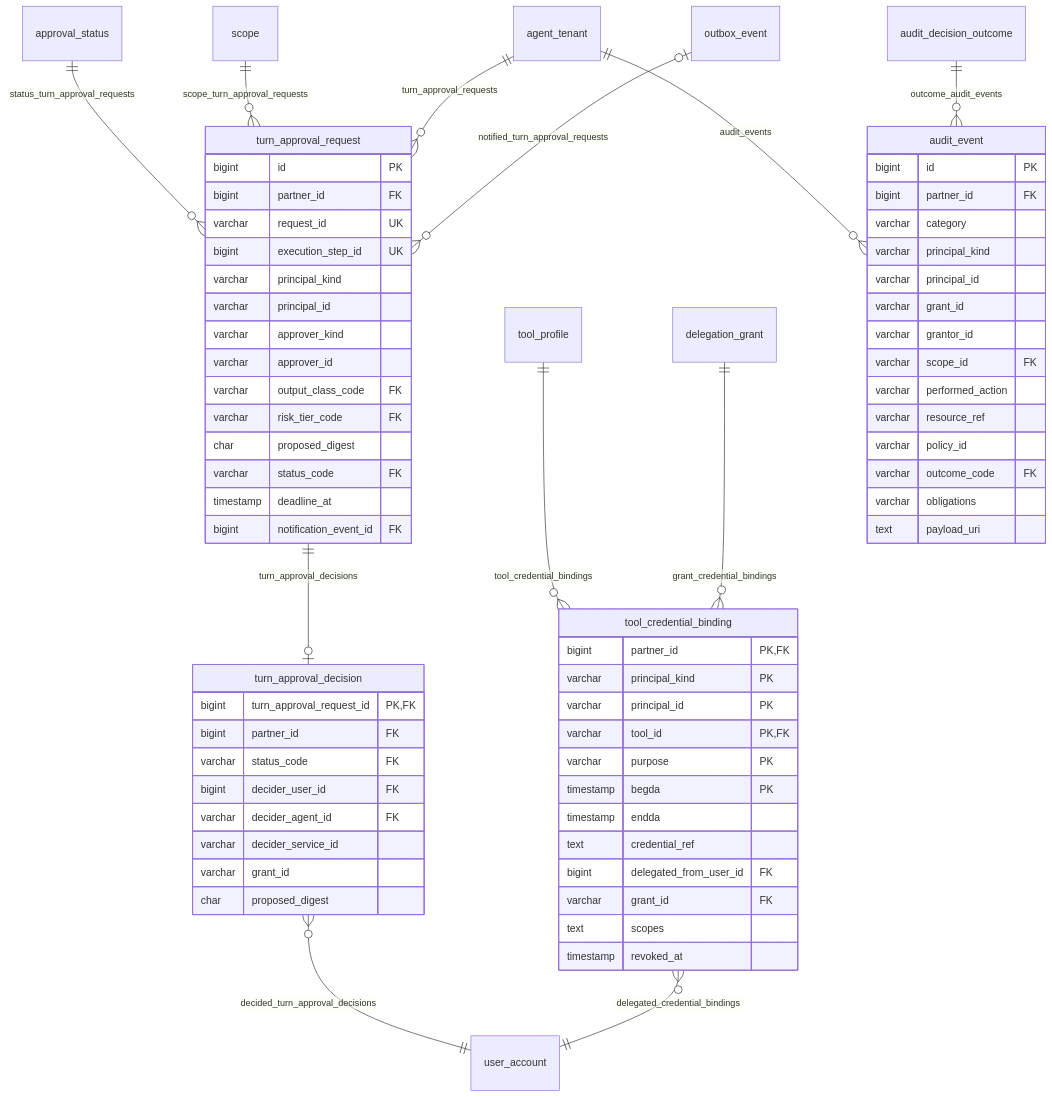
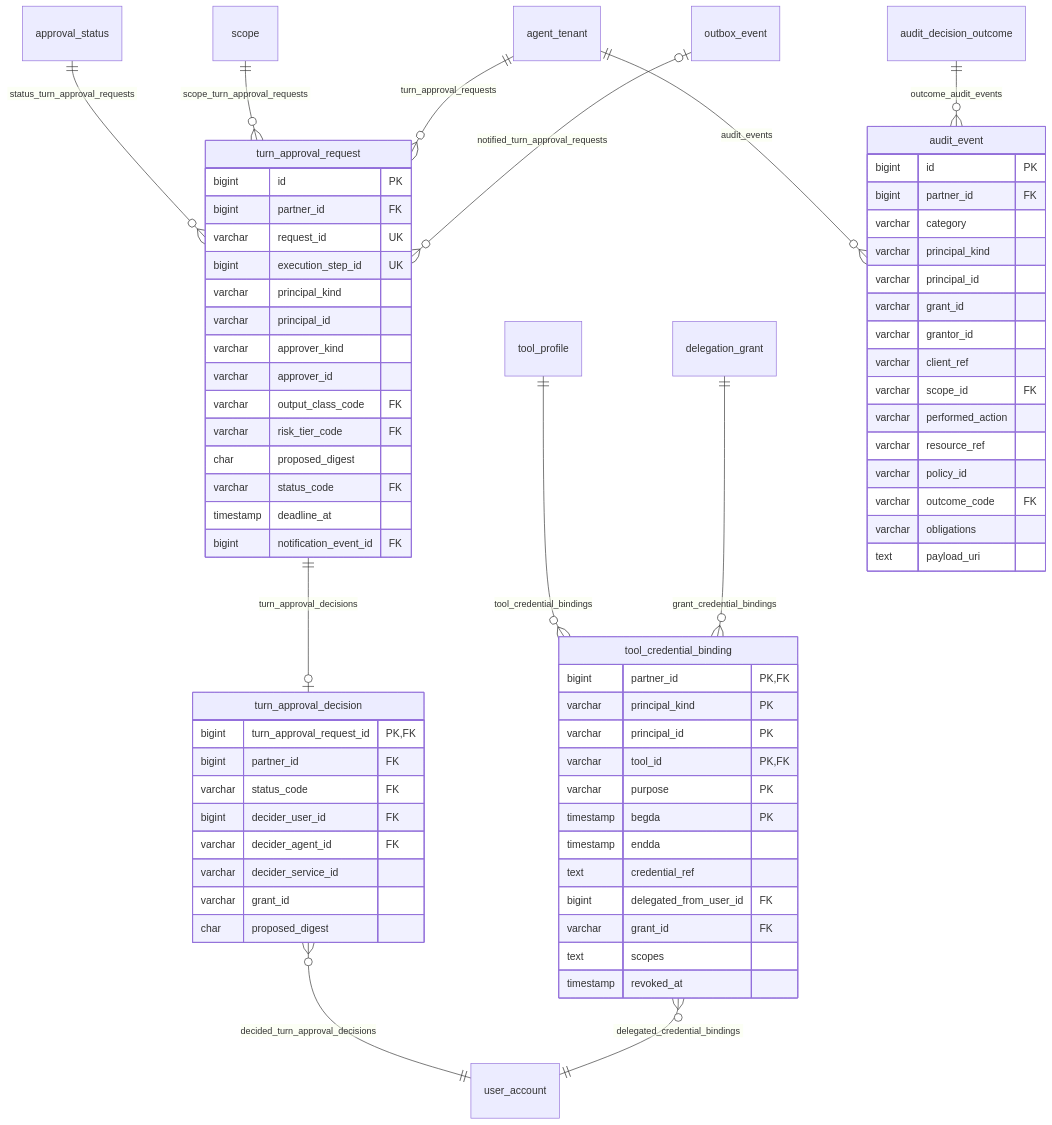
One commit to nauticana/scout changed the tenth of 18 diagrams in doc/database.md. Above: the diagram before and after it, drawn with Mermaid. The commit also changed other lines of this file and 18 other files, not shown here.

````diff
--- a/doc/database.md
+++ b/doc/database.md
@@ -886,71 +886,72 @@
 ```mermaid
 erDiagram
     approval_status ||--o{ turn_approval_request : status_turn_approval_requests
     scope ||--o{ turn_approval_request : scope_turn_approval_requests
     agent_tenant ||--o{ turn_approval_request : turn_approval_requests
     turn_approval_request ||--o| turn_approval_decision : turn_approval_decisions
     outbox_event |o--o{ turn_approval_request : notified_turn_approval_requests
     tool_profile ||--o{ tool_credential_binding : tool_credential_bindings
     turn_approval_decision }o--|| user_account : decided_turn_approval_decisions
     tool_credential_binding }o--|| user_account : delegated_credential_bindings
     delegation_grant ||--o{ tool_credential_binding : grant_credential_bindings
     agent_tenant ||--o{ audit_event : audit_events
     audit_decision_outcome ||--o{ audit_event : outcome_audit_events
 
     turn_approval_request {
         bigint id PK
         bigint partner_id FK
         varchar request_id UK
         bigint execution_step_id UK
         varchar principal_kind
         varchar principal_id
         varchar approver_kind
         varchar approver_id
         varchar output_class_code FK
         varchar risk_tier_code FK
         char proposed_digest
         varchar status_code FK
         timestamp deadline_at
         bigint notification_event_id FK
     }
     turn_approval_decision {
         bigint turn_approval_request_id PK,FK
         bigint partner_id FK
         varchar status_code FK
         bigint decider_user_id FK
         varchar decider_agent_id FK
         varchar decider_service_id
         varchar grant_id
         char proposed_digest
     }
     tool_credential_binding {
         bigint partner_id PK,FK
         varchar principal_kind PK
         varchar principal_id PK
         varchar tool_id PK,FK
         varchar purpose PK
         timestamp begda PK
         timestamp endda
         text credential_ref
         bigint delegated_from_user_id FK
         varchar grant_id FK
         text scopes
         timestamp revoked_at
     }
     audit_event {
         bigint id PK
         bigint partner_id FK
         varchar category
         varchar principal_kind
         varchar principal_id
         varchar grant_id
         varchar grantor_id
+        varchar client_ref
         varchar scope_id FK
         varchar performed_action
         varchar resource_ref
         varchar policy_id
         varchar outcome_code FK
         varchar obligations
         text payload_uri
     }
 ```
````
